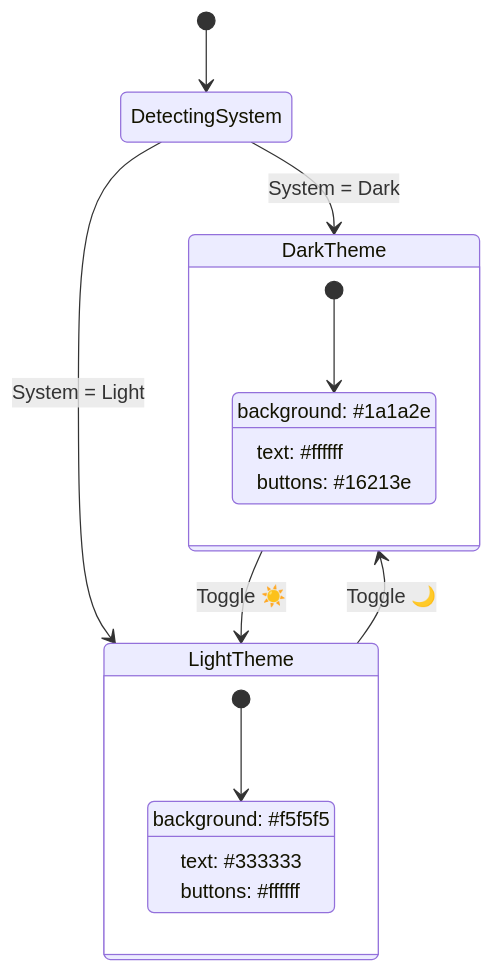
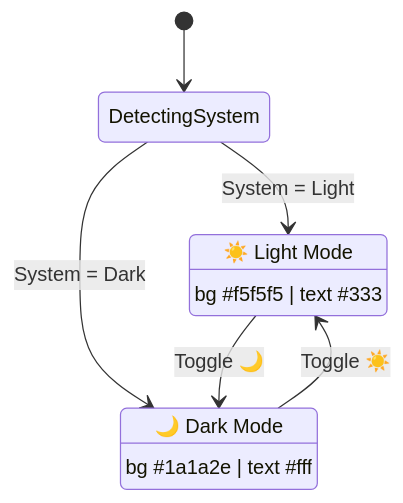
The fourth of 5 diagrams in README.md (KRSNA-BLR/Beginner-Friendly-React-Native-Calculator-App), drawn with Mermaid before and after one commit.

Commit message:
fix: corregir sintaxis diagrama Mermaid Theme States para compatibilidad GitHub

````diff
--- a/README.md
+++ b/README.md
@@ -188,23 +188,15 @@
 ```mermaid
 stateDiagram-v2
     [*] --> DetectingSystem
-    DetectingSystem --> DarkTheme: System = Dark
-    DetectingSystem --> LightTheme: System = Light
+    DetectingSystem --> LightTheme : System = Light
+    DetectingSystem --> DarkTheme : System = Dark
     
-    LightTheme --> DarkTheme: Toggle 🌙
-    DarkTheme --> LightTheme: Toggle ☀️
+    LightTheme --> DarkTheme : Toggle 🌙
+    DarkTheme --> LightTheme : Toggle ☀️
     
-    state LightTheme {
-        [*] --> LightColors
-        LightColors: background: #f5f5f5
-        LightColors: text: #333333
-        LightColors: buttons: #ffffff
-    }
+    LightTheme : ☀️ Light Mode
+    LightTheme : bg #f5f5f5 | text #333
     
-    state DarkTheme {
-        [*] --> DarkColors
-        DarkColors: background: #1a1a2e
-        DarkColors: text: #ffffff
-        DarkColors: buttons: #16213e
-    }
+    DarkTheme : 🌙 Dark Mode
+    DarkTheme : bg #1a1a2e | text #fff
 ```
````
